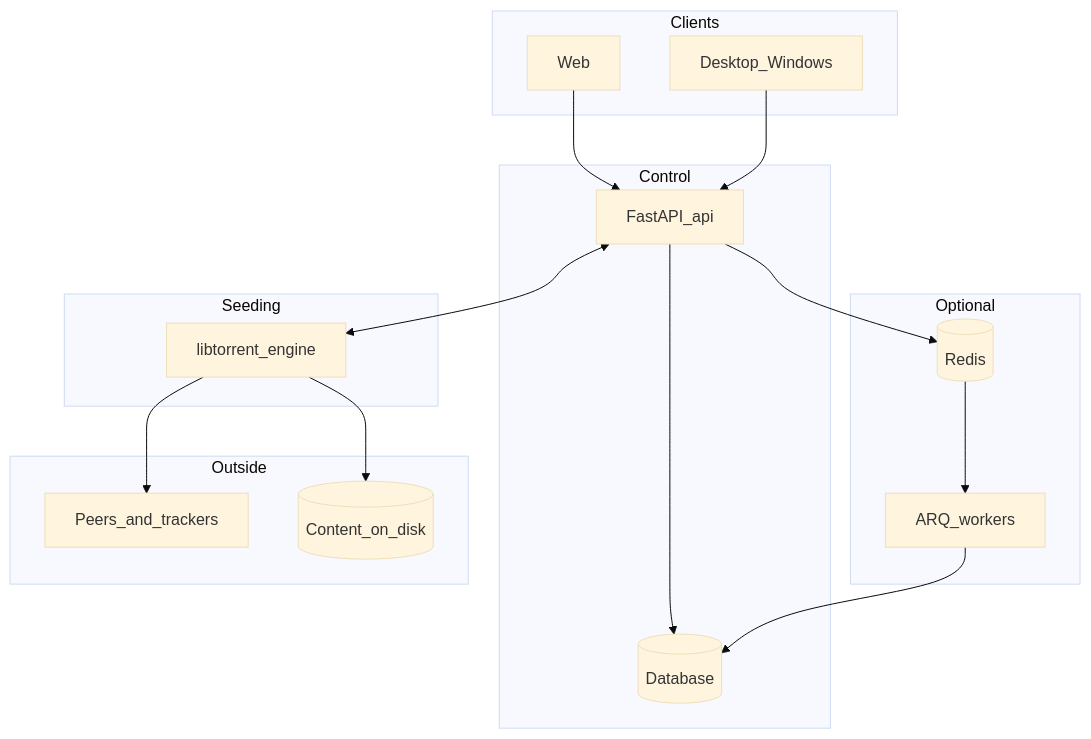
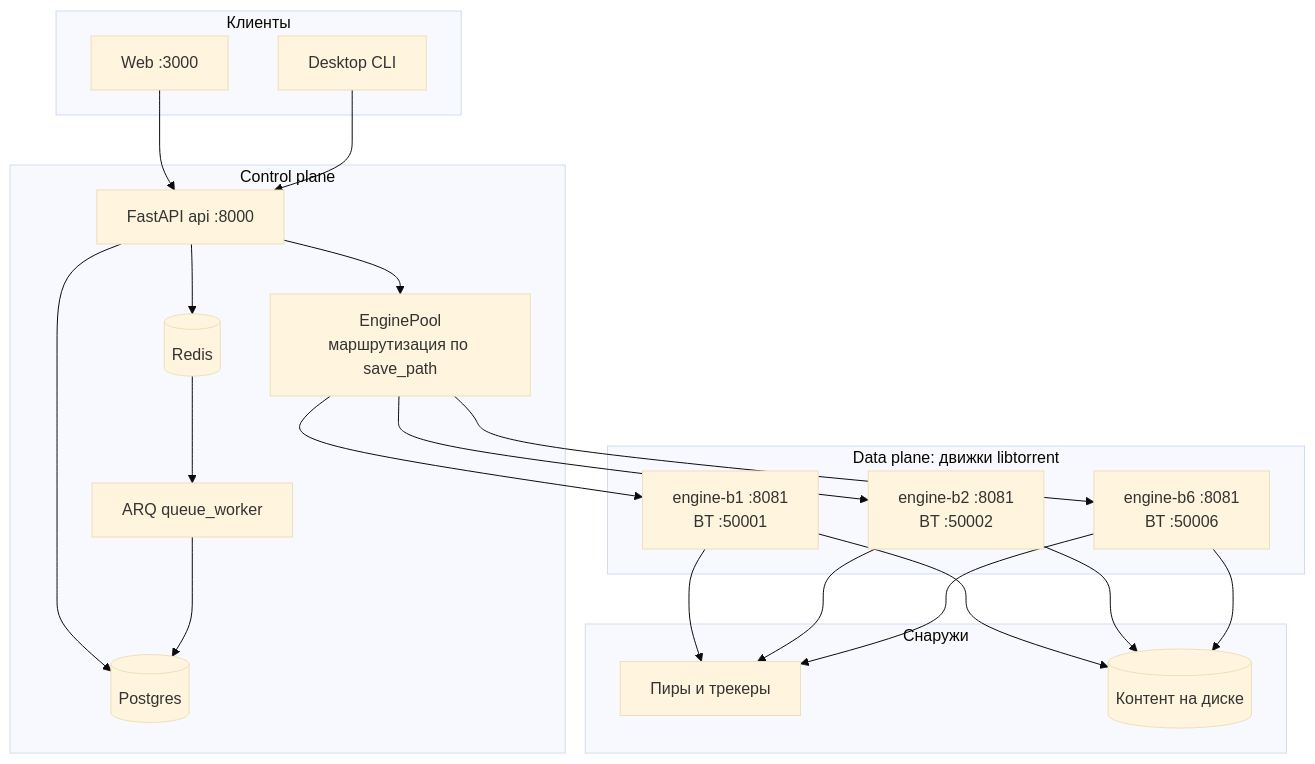
Before and after one commit to filyse/torrent-seeding-architecture: the diagram in ARCHITECTURE.md, drawn with Mermaid (base theme). The commit also changed other lines of this file and 2 other files, not shown here.

First line of the commit message:
docs: актуальная архитектура и roadmap

````diff
--- a/ARCHITECTURE.md
+++ b/ARCHITECTURE.md
@@ -29,31 +52,31 @@
 ```mermaid
 flowchart TB
-  subgraph ui [Clients]
-    Web[Web]
-    Desk[Desktop_Windows]
+  subgraph clients [Клиенты]
+    Web[Web :3000]
+    Desk[Desktop CLI]
   end
-  subgraph control [Control]
-    API[FastAPI_api]
-    DB[(Database)]
+  subgraph control [Control plane]
+    API[FastAPI api :8000]
+    POOL[EnginePool<br/>маршрутизация по save_path]
+    DB[(Postgres)]
+    R[(Redis)]
+    Q[ARQ queue_worker]
   end
-  subgraph engine_block [Seeding]
-    ENG[libtorrent_engine]
+  subgraph engines [Data plane: движки libtorrent]
+    E1[engine-b1 :8081<br/>BT :50001]
+    E2[engine-b2 :8081<br/>BT :50002]
+    E6[engine-b6 :8081<br/>BT :50006]
   end
-  subgraph optional [Optional]
-    R[(Redis)]
-    Q[ARQ_workers]
-  end
-  subgraph external [Outside]
-    Peers[Peers_and_trackers]
-    Files[(Content_on_disk)]
+  subgraph ext [Снаружи]
+    Peers[Пиры и трекеры]
+    Files[(Контент на диске)]
   end
   Web --> API
   Desk --> API
+  API --> POOL
   API --> DB
-  API <--> ENG
-  API --> R
-  R --> Q
-  Q --> DB
-  ENG --> Peers
-  ENG --> Files
+  API --> R --> Q --> DB
+  POOL --> E1 & E2 & E6
+  E1 & E2 & E6 --> Peers
+  E1 & E2 & E6 --> Files
 ```
````
